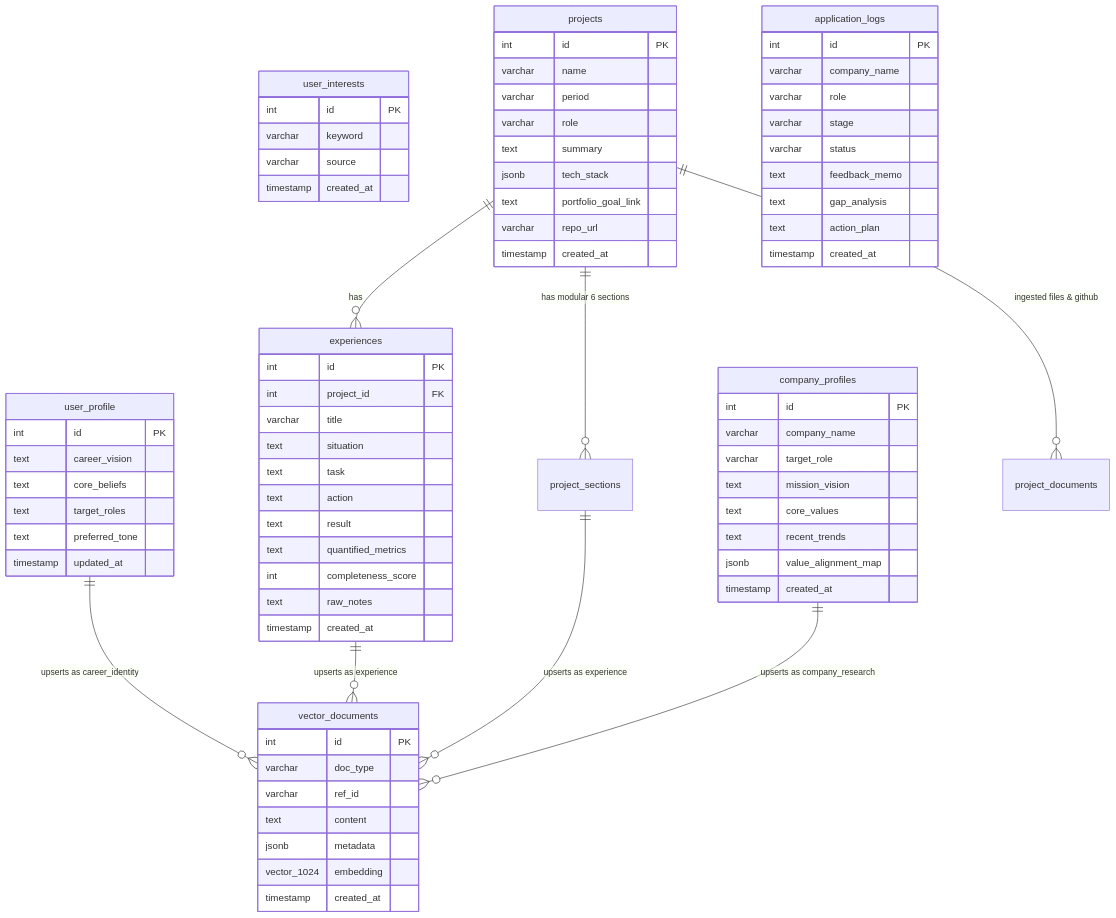
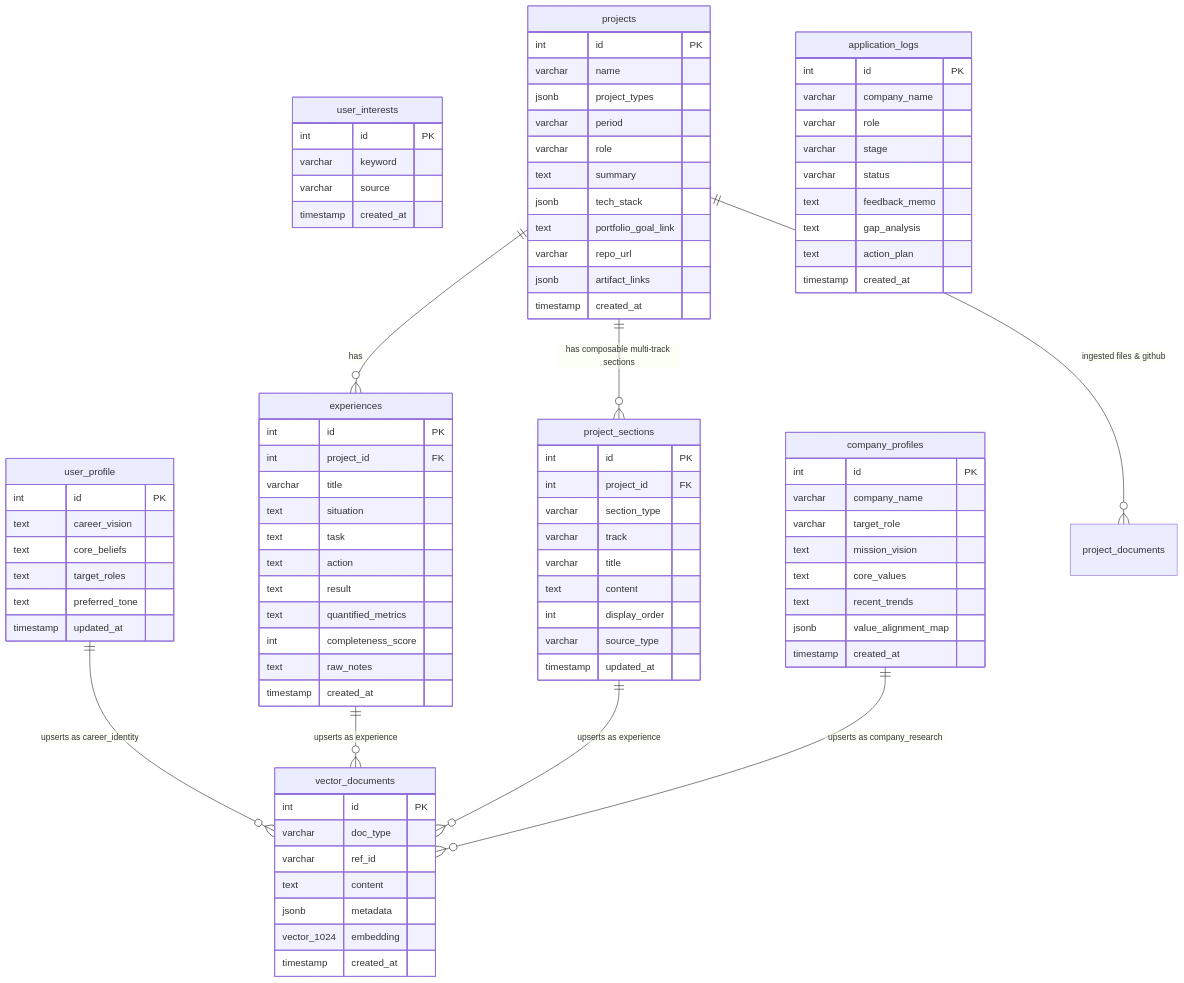
One commit to KASOP0306/write-on-vibe-lab changed the second of 4 diagrams in ARCHITECTURE.md. Above: the diagram before and after it, drawn with Mermaid. The commit also changed other lines of this file and 12 other files, not shown here.

Commit message:
feat: add composable multi-track portfolio architecture for coding and non-coding projects

```diff
--- a/ARCHITECTURE.md
+++ b/ARCHITECTURE.md
@@ -70,13 +70,27 @@
     projects {
         int id PK
         varchar name
+        jsonb project_types
         varchar period
         varchar role
         text summary
         jsonb tech_stack
         text portfolio_goal_link
         varchar repo_url
+        jsonb artifact_links
         timestamp created_at
+    }
+
+    project_sections {
+        int id PK
+        int project_id FK
+        varchar section_type
+        varchar track
+        varchar title
+        text content
+        int display_order
+        varchar source_type
+        timestamp updated_at
     }
 
     experiences {
@@ -127,7 +141,7 @@
     }
 
     projects ||--o{ experiences : "has"
-    projects ||--o{ project_sections : "has modular 6 sections"
+    projects ||--o{ project_sections : "has composable multi-track sections"
     projects ||--o{ project_documents : "ingested files & github"
     user_profile ||--o{ vector_documents : "upserts as career_identity"
     experiences ||--o{ vector_documents : "upserts as experience"
```
